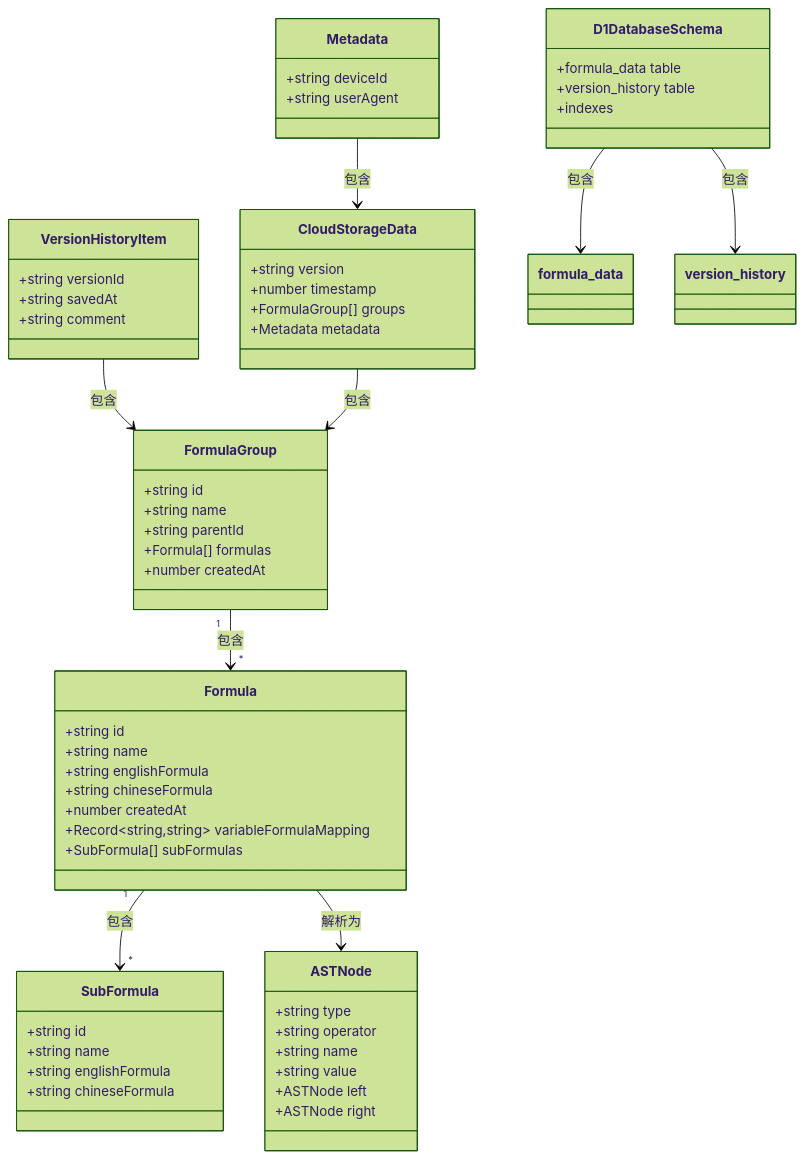
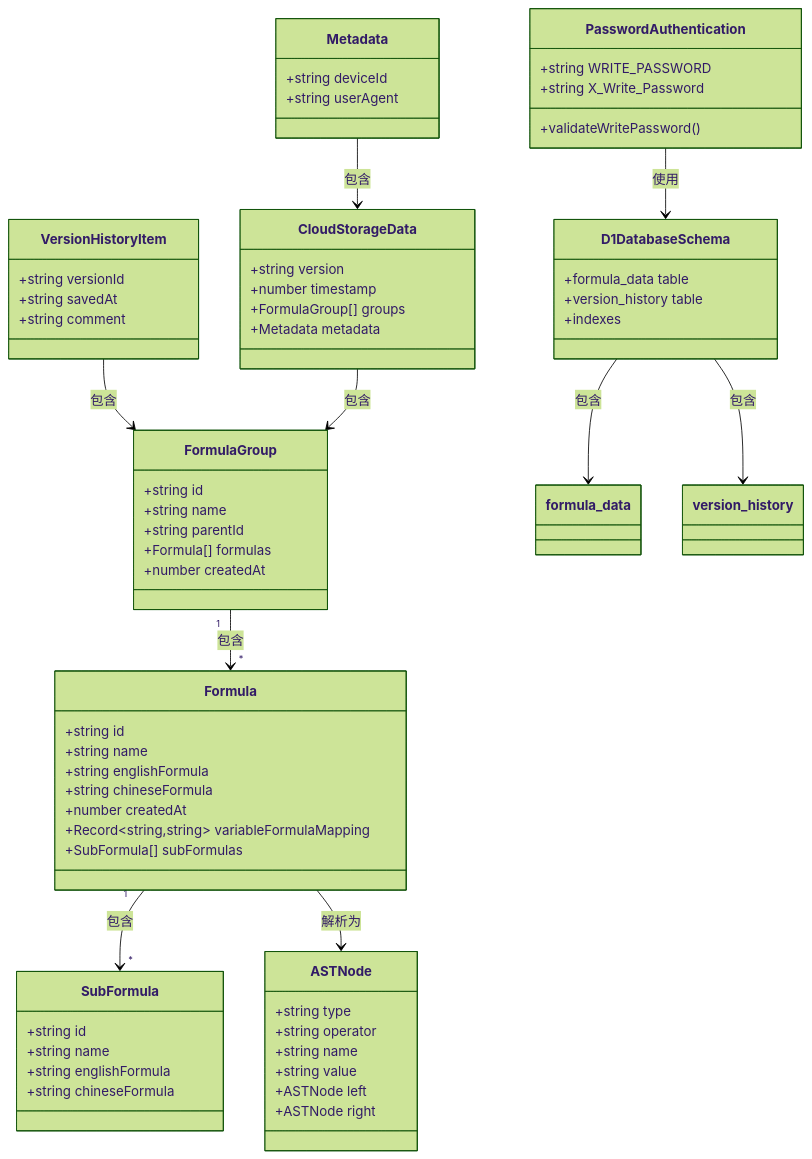
Before and after one commit to steveyu2/formula-mapper: the second of 15 diagrams in .qoder/repowiki/zh/content/用户指南/数据管理/云存储系统.md, drawn with Mermaid (forest theme). The commit also changed other lines of this file and 12 other files, not shown here.

````diff
--- a/.qoder/repowiki/zh/content/用户指南/数据管理/云存储系统.md
+++ b/.qoder/repowiki/zh/content/用户指南/数据管理/云存储系统.md
@@ -153,61 +170,67 @@
 ```mermaid
 classDiagram
 class FormulaGroup {
 +string id
 +string name
 +string parentId
 +Formula[] formulas
 +number createdAt
 }
 class Formula {
 +string id
 +string name
 +string englishFormula
 +string chineseFormula
 +number createdAt
 +Record~string,string~ variableFormulaMapping
 +SubFormula[] subFormulas
 }
 class SubFormula {
 +string id
 +string name
 +string englishFormula
 +string chineseFormula
 }
 class ASTNode {
 +string type
 +string operator
 +string name
 +string value
 +ASTNode left
 +ASTNode right
 }
 class VersionHistoryItem {
 +string versionId
 +string savedAt
 +string comment
 }
 class CloudStorageData {
 +string version
 +number timestamp
 +FormulaGroup[] groups
 +Metadata metadata
 }
 class Metadata {
 +string deviceId
 +string userAgent
 }
 class D1DatabaseSchema {
 +formula_data table
 +version_history table
 +indexes
 }
+class PasswordAuthentication {
++string WRITE_PASSWORD
++string X_Write_Password
++validateWritePassword()
+}
 FormulaGroup "1" --> "*" Formula : 包含
 Formula "1" --> "*" SubFormula : 包含
 Formula --> ASTNode : 解析为
 VersionHistoryItem --> FormulaGroup : 包含
 CloudStorageData --> FormulaGroup : 包含
 Metadata --> CloudStorageData : 包含
 D1DatabaseSchema --> formula_data : 包含
 D1DatabaseSchema --> version_history : 包含
+PasswordAuthentication --> D1DatabaseSchema : 使用
 ```
````
